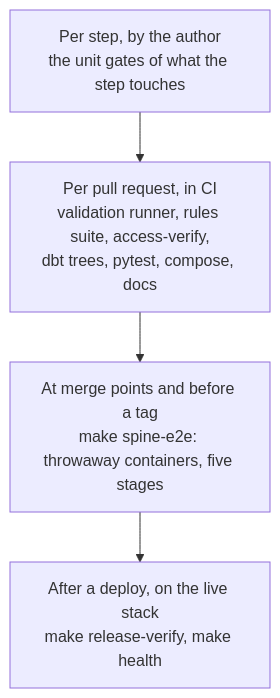
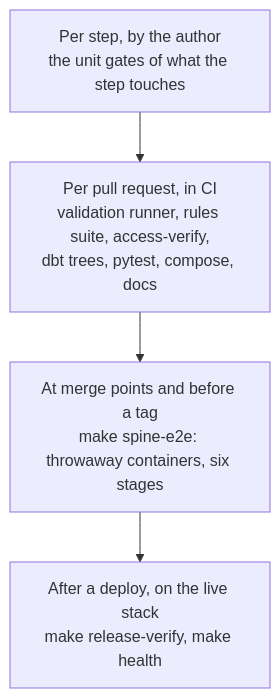
The diagram in docs/development/spine-e2e.md (rjdscott/k2-market-data-platform), drawn with Mermaid before and after one commit. The commit also changed other lines of this file, not shown here.

Commit message:
docs: spine-e2e's run stage: what it starts and proves, its recorded time, why the fetch is not run, its images, memory and cleanup

````diff
--- a/docs/development/spine-e2e.md
+++ b/docs/development/spine-e2e.md
@@ -105,8 +118,8 @@
 ```mermaid
 flowchart TB
   A["After a deploy, on the live stack<br/>make release-verify, make health"]
-  B["At merge points and before a tag<br/>make spine-e2e: throwaway containers, five stages"]
+  B["At merge points and before a tag<br/>make spine-e2e: throwaway containers, six stages"]
   C["Per pull request, in CI<br/>validation runner, rules suite, access-verify,<br/>dbt trees, pytest, compose, docs"]
   D["Per step, by the author<br/>the unit gates of what the step touches"]
   D --> C --> B --> A
 ```
````
